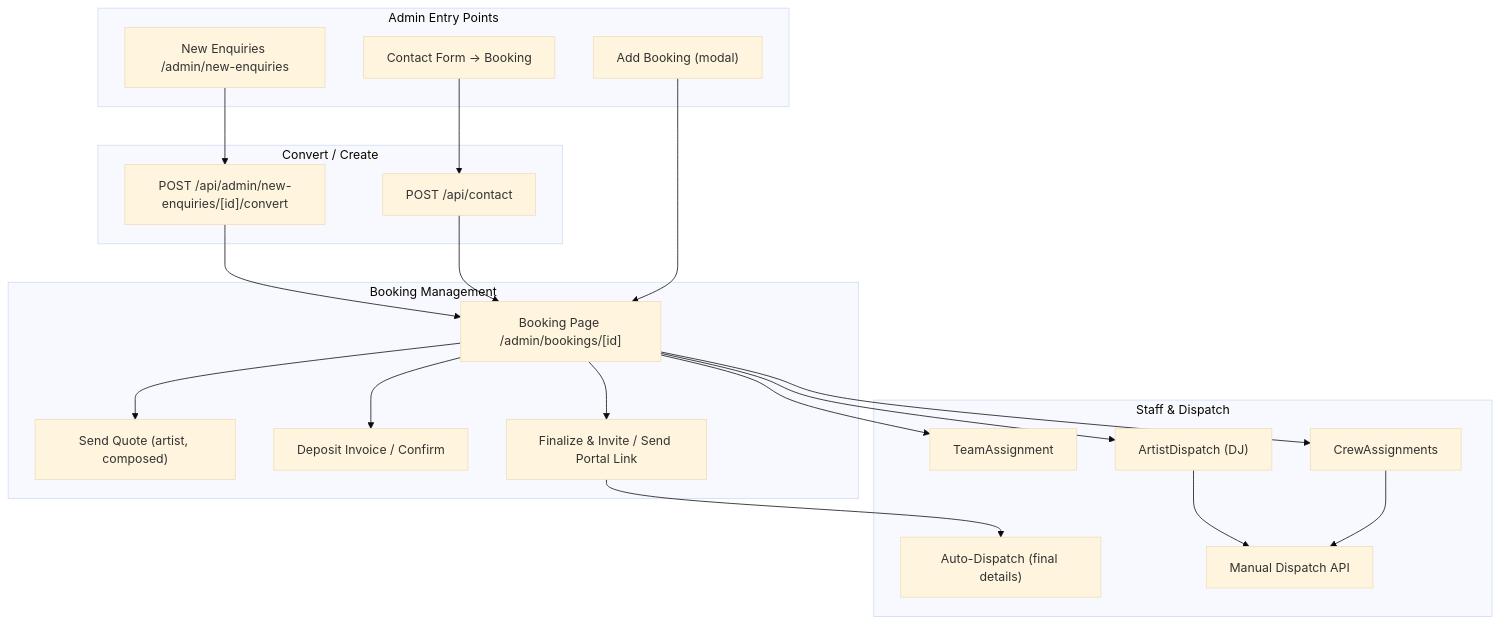
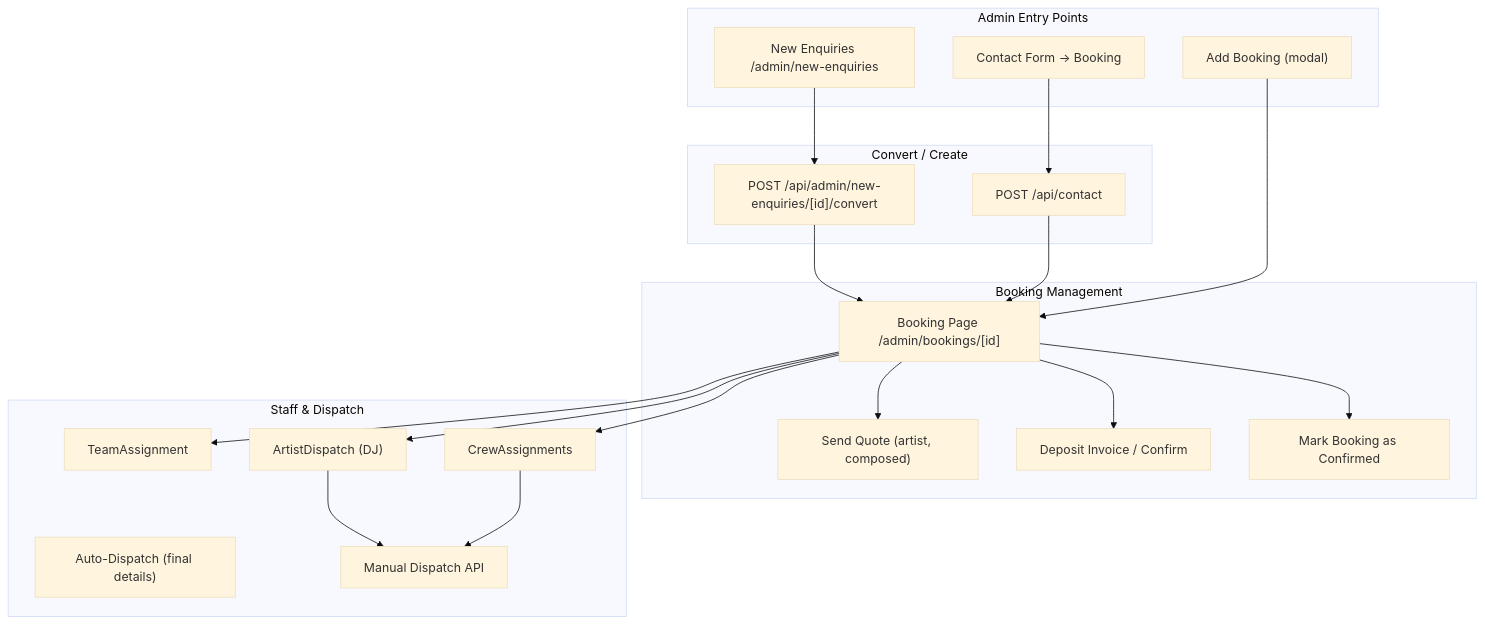
The diagram in ADMIN_FLOW_AUDIT.md (nigelpeirce-hash/stylish-entertainment-site), drawn with Mermaid (base theme) before and after one commit. The commit also changed other lines of this file and 22 other files, not shown here.

````diff
--- a/ADMIN_FLOW_AUDIT.md
+++ b/ADMIN_FLOW_AUDIT.md
@@ -5,45 +8,44 @@
 ```mermaid
 flowchart TB
     subgraph Entry [Admin Entry Points]
         NewEnq["New Enquiries /admin/new-enquiries"]
         Contact["Contact Form → Booking"]
         AddBk["Add Booking (modal)"]
     end
     
     subgraph Convert [Convert / Create]
         ConvertAPI["POST /api/admin/new-enquiries/[id]/convert"]
         ContactAPI["POST /api/contact"]
     end
     
     subgraph Booking [Booking Management]
         BkPage["Booking Page /admin/bookings/[id]"]
         Quote["Send Quote (artist, composed)"]
         Deposit["Deposit Invoice / Confirm"]
-        Portal["Finalize & Invite / Send Portal Link"]
+        Finalize["Mark Booking as Confirmed"]
     end
     
     subgraph Staff [Staff & Dispatch]
         TeamAssign["TeamAssignment"]
         CrewAssign["CrewAssignments"]
         ArtistDispatch["ArtistDispatch (DJ)"]
         AutoDispatch["Auto-Dispatch (final details)"]
         ManualDispatch["Manual Dispatch API"]
     end
     
     NewEnq --> ConvertAPI
     ConvertAPI --> BkPage
     Contact --> ContactAPI
     ContactAPI --> BkPage
     AddBk --> BkPage
     
     BkPage --> Quote
     BkPage --> Deposit
-    BkPage --> Portal
+    BkPage --> Finalize
     BkPage --> TeamAssign
     BkPage --> CrewAssign
     BkPage --> ArtistDispatch
     
-    Portal --> AutoDispatch
     ArtistDispatch --> ManualDispatch
     CrewAssign --> ManualDispatch
 ```
````
